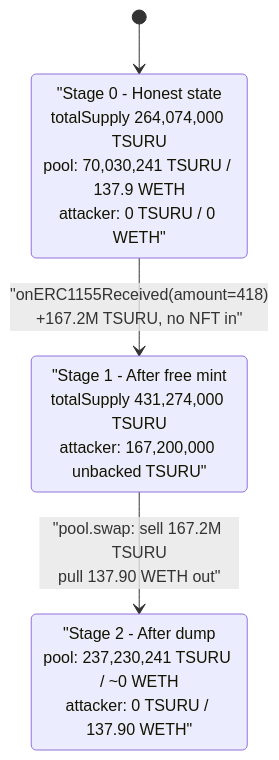
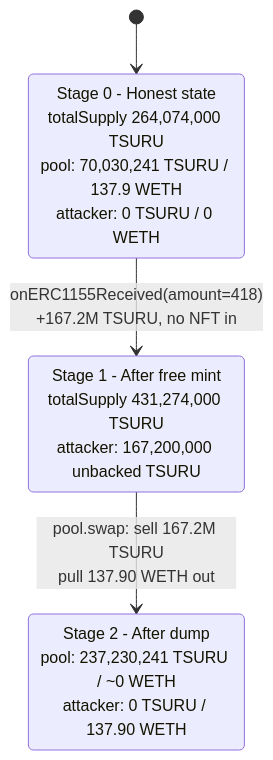
One commit to sanbir/evm-hack-registry changed the third of 3 diagrams in 2024-05-TSURU_exp/TSURU_exp.md. Above: the diagram before and after it, drawn with Mermaid. The commit also changed 280 other files, not shown here.

Commit message:
mermaid fixes

````diff
--- a/2024-05-TSURU_exp/TSURU_exp.md
+++ b/2024-05-TSURU_exp/TSURU_exp.md
@@ -287,10 +287,10 @@
 ```mermaid
 stateDiagram-v2
     [*] --> Honest
-    Honest: "Stage 0 - Honest state<br/>totalSupply 264,074,000 TSURU<br/>pool: 70,030,241 TSURU / 137.9 WETH<br/>attacker: 0 TSURU / 0 WETH"
-    Inflated: "Stage 1 - After free mint<br/>totalSupply 431,274,000 TSURU<br/>attacker: 167,200,000 unbacked TSURU"
-    Drained: "Stage 2 - After dump<br/>pool: 237,230,241 TSURU / ~0 WETH<br/>attacker: 0 TSURU / 137.90 WETH"
+    Honest: Stage 0 - Honest state<br/>totalSupply 264,074,000 TSURU<br/>pool#58; 70,030,241 TSURU / 137.9 WETH<br/>attacker#58; 0 TSURU / 0 WETH
+    Inflated: Stage 1 - After free mint<br/>totalSupply 431,274,000 TSURU<br/>attacker#58; 167,200,000 unbacked TSURU
+    Drained: Stage 2 - After dump<br/>pool#58; 237,230,241 TSURU / ~0 WETH<br/>attacker#58; 0 TSURU / 137.90 WETH
 
-    Honest --> Inflated: "onERC1155Received(amount=418)<br/>+167.2M TSURU, no NFT in"
-    Inflated --> Drained: "pool.swap: sell 167.2M TSURU<br/>pull 137.90 WETH out"
+    Honest --> Inflated: onERC1155Received(amount=418)<br/>+167.2M TSURU, no NFT in
+    Inflated --> Drained: pool.swap#58; sell 167.2M TSURU<br/>pull 137.90 WETH out
 ```
````
